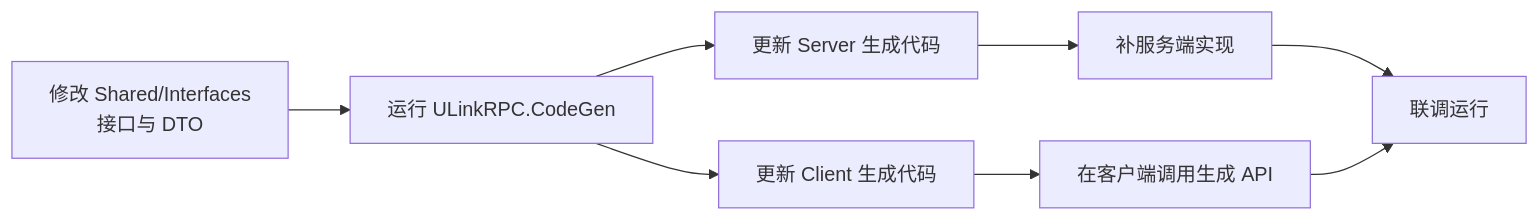
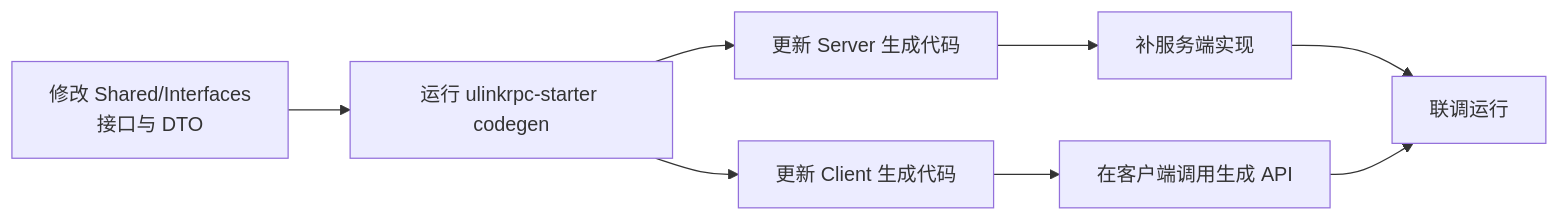
The second of 2 diagrams in docs/content/posts/ulinkrpc-getting-started.md (bruce48x/ULinkRPC), drawn with Mermaid before and after one commit. The commit also changed other lines of this file, not shown here.

Commit message:
Update starter usage in getting started guide

````diff
--- a/docs/content/posts/ulinkrpc-getting-started.md
+++ b/docs/content/posts/ulinkrpc-getting-started.md
@@ -211,10 +235,10 @@
 ```mermaid
 flowchart LR
-    A["修改 Shared/Interfaces<br/>接口与 DTO"] --> B["运行 ULinkRPC.CodeGen"]
+    A["修改 Shared/Interfaces<br/>接口与 DTO"] --> B["运行 ulinkrpc-starter codegen"]
     B --> C["更新 Server 生成代码"]
     B --> D["更新 Client 生成代码"]
     C --> E["补服务端实现"]
     D --> F["在客户端调用生成 API"]
     E --> G["联调运行"]
     F --> G
 ```
````
